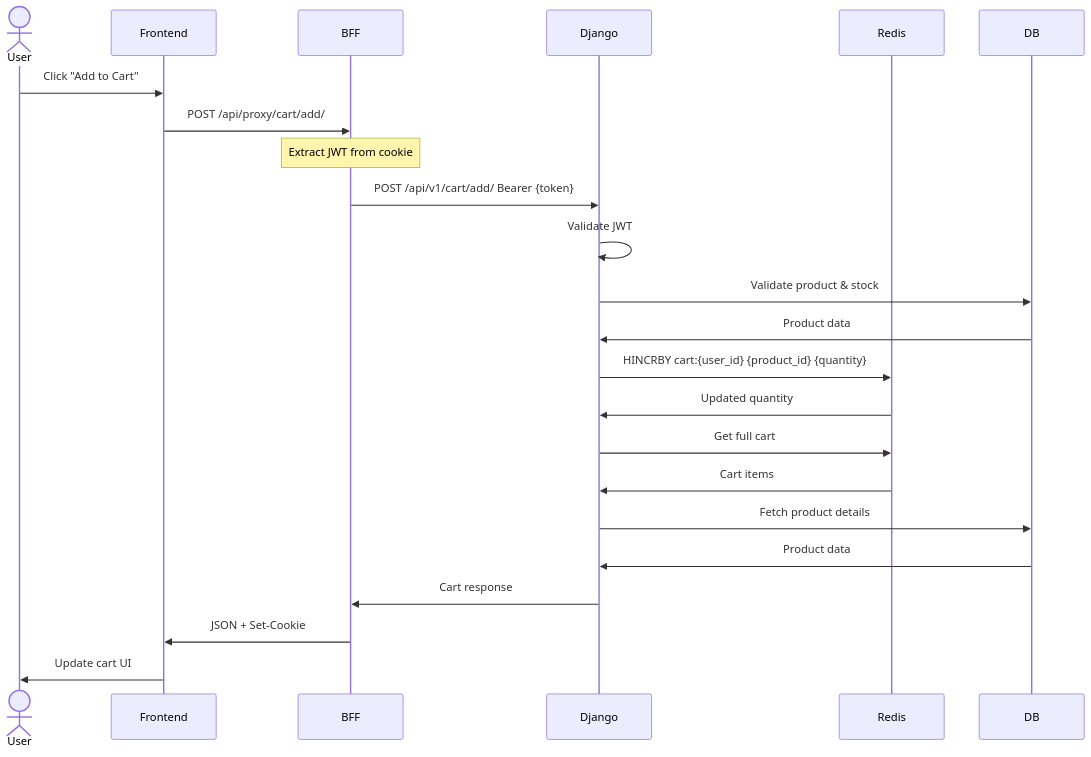
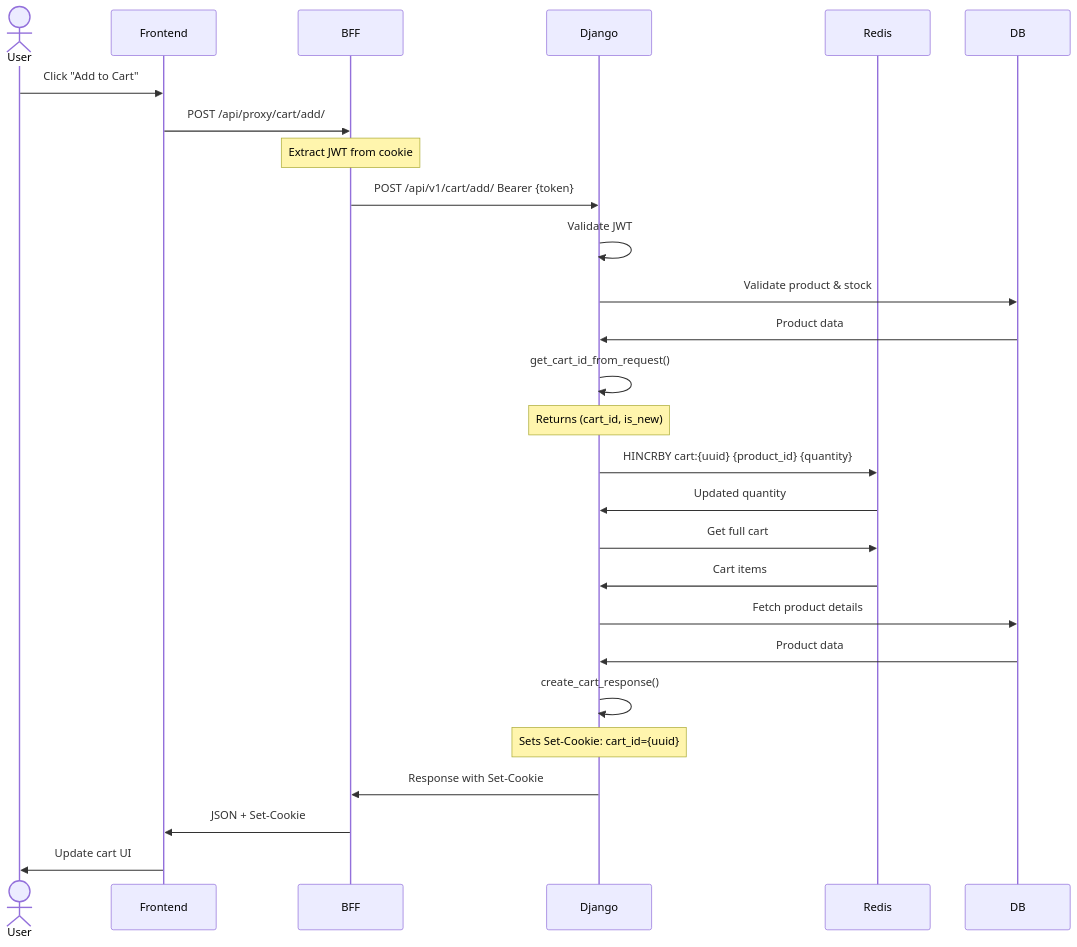
One commit to nordeim/cha-yuan changed the fifth of 9 diagrams in docs/Project_Architecture_Document.md. Above: the diagram before and after it, drawn with Mermaid. The commit also changed other lines of this file and 5 other files, not shown here.

````diff
--- a/docs/Project_Architecture_Document.md
+++ b/docs/Project_Architecture_Document.md
@@ -860,30 +1200,36 @@
 ```mermaid
 sequenceDiagram
     actor User
     participant Frontend
     participant BFF
     participant Django
     participant Redis
     participant DB
 
     User->>Frontend: Click "Add to Cart"
     Frontend->>BFF: POST /api/proxy/cart/add/
     Note over BFF: Extract JWT from cookie
+
     BFF->>Django: POST /api/v1/cart/add/ Bearer {token}
-
     Django->>Django: Validate JWT
     Django->>DB: Validate product & stock
     DB->>Django: Product data
 
-    Django->>Redis: HINCRBY cart:{user_id} {product_id} {quantity}
+    Django->>Django: get_cart_id_from_request()
+    Note over Django: Returns (cart_id, is_new)
+
+    Django->>Redis: HINCRBY cart:{uuid} {product_id} {quantity}
     Redis->>Django: Updated quantity
 
     Django->>Redis: Get full cart
     Redis->>Django: Cart items
     Django->>DB: Fetch product details
     DB->>Django: Product data
 
-    Django->>BFF: Cart response
+    Django->>Django: create_cart_response()
+    Note over Django: Sets Set-Cookie: cart_id={uuid}
+
+    Django->>BFF: Response with Set-Cookie
     BFF->>Frontend: JSON + Set-Cookie
     Frontend->>User: Update cart UI
 ```
````
